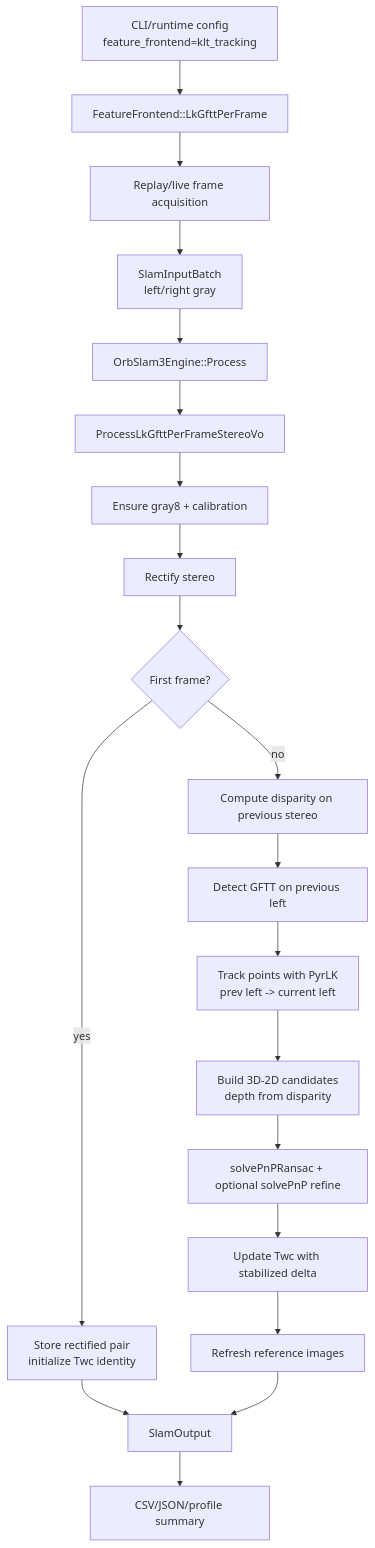
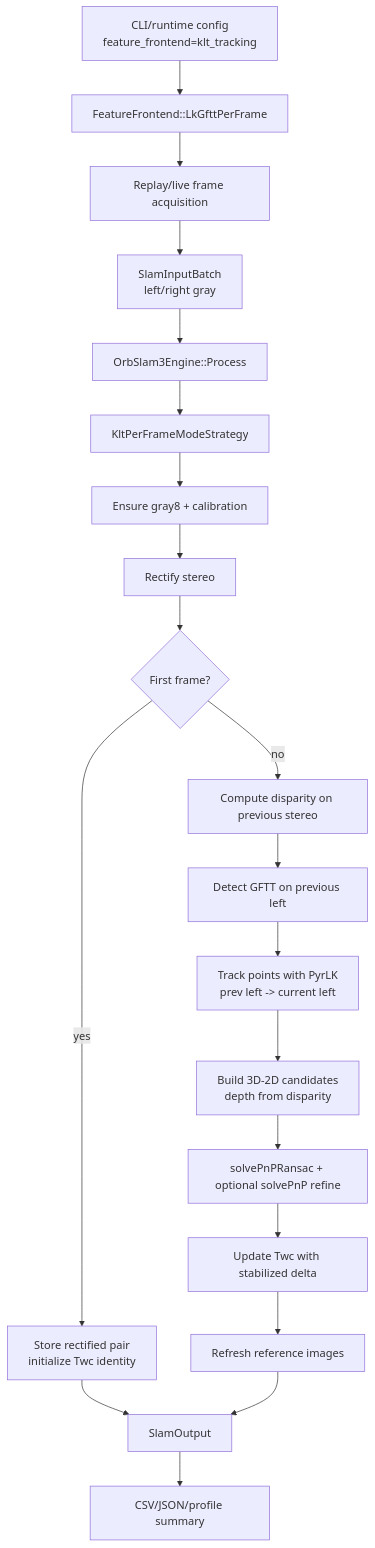
One commit to litingzhang/SmartDrone changed the first of 2 diagrams in docs/klt_tracking_mode_flow.md. Above: the diagram before and after it, drawn with Mermaid. The commit also changed other lines of this file and 33 other files, not shown here.

````diff
--- a/docs/klt_tracking_mode_flow.md
+++ b/docs/klt_tracking_mode_flow.md
@@ -11,22 +11,22 @@
 ```mermaid
 flowchart TD
     A[CLI/runtime config<br/>feature_frontend=klt_tracking] --> B[FeatureFrontend::LkGfttPerFrame]
     B --> C[Replay/live frame acquisition]
     C --> D[SlamInputBatch<br/>left/right gray]
     D --> E[OrbSlam3Engine::Process]
-    E --> F[ProcessLkGfttPerFrameStereoVo]
+    E --> F[KltPerFrameModeStrategy]
     F --> G[Ensure gray8 + calibration]
     G --> H[Rectify stereo]
     H --> I{First frame?}
     I -- yes --> J[Store rectified pair<br/>initialize Twc identity]
     I -- no --> K[Compute disparity on previous stereo]
     K --> L[Detect GFTT on previous left]
     L --> M[Track points with PyrLK<br/>prev left -> current left]
     M --> N[Build 3D-2D candidates<br/>depth from disparity]
     N --> O[solvePnPRansac + optional solvePnP refine]
     O --> P[Update Twc with stabilized delta]
     P --> Q[Refresh reference images]
     J --> R[SlamOutput]
     Q --> R
     R --> S[CSV/JSON/profile summary]
 ```
````
